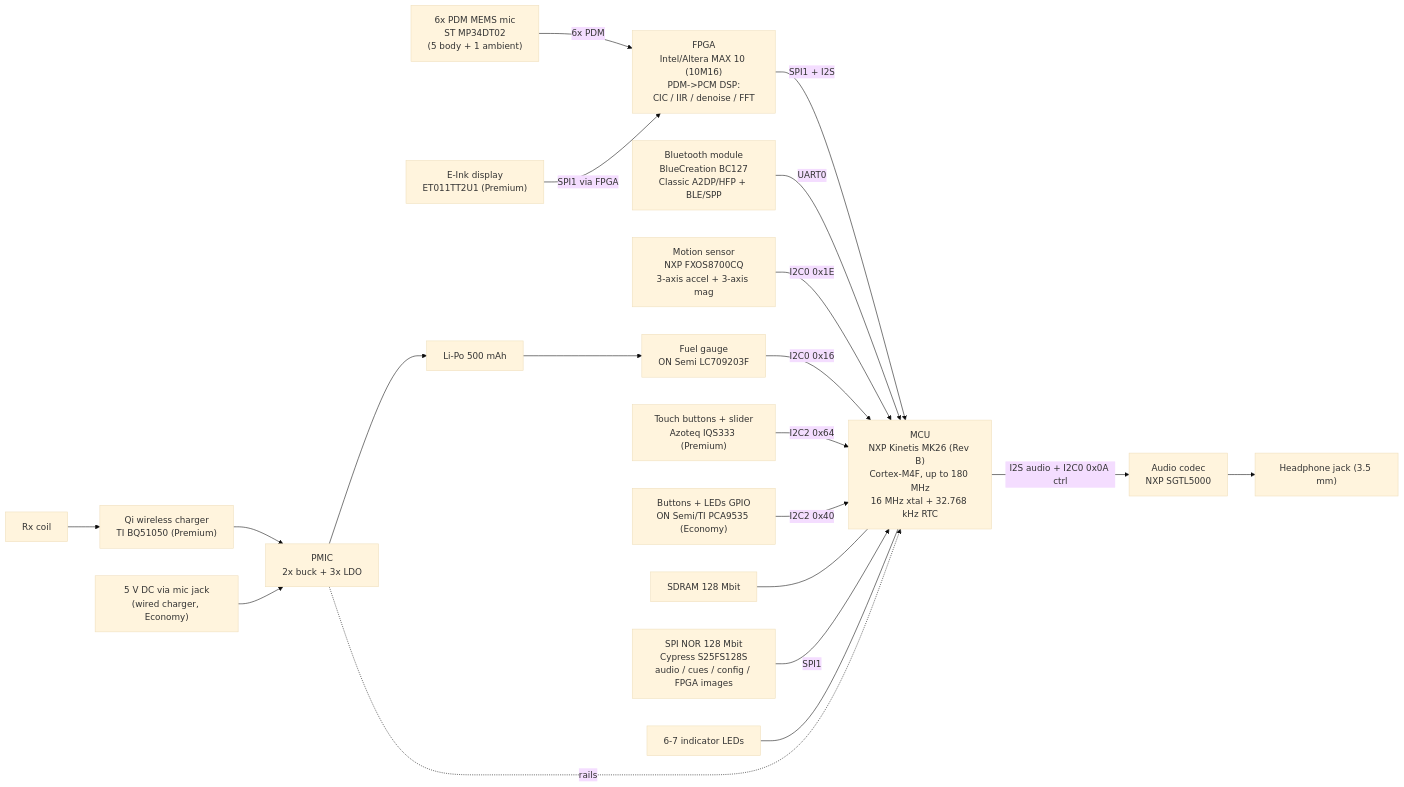
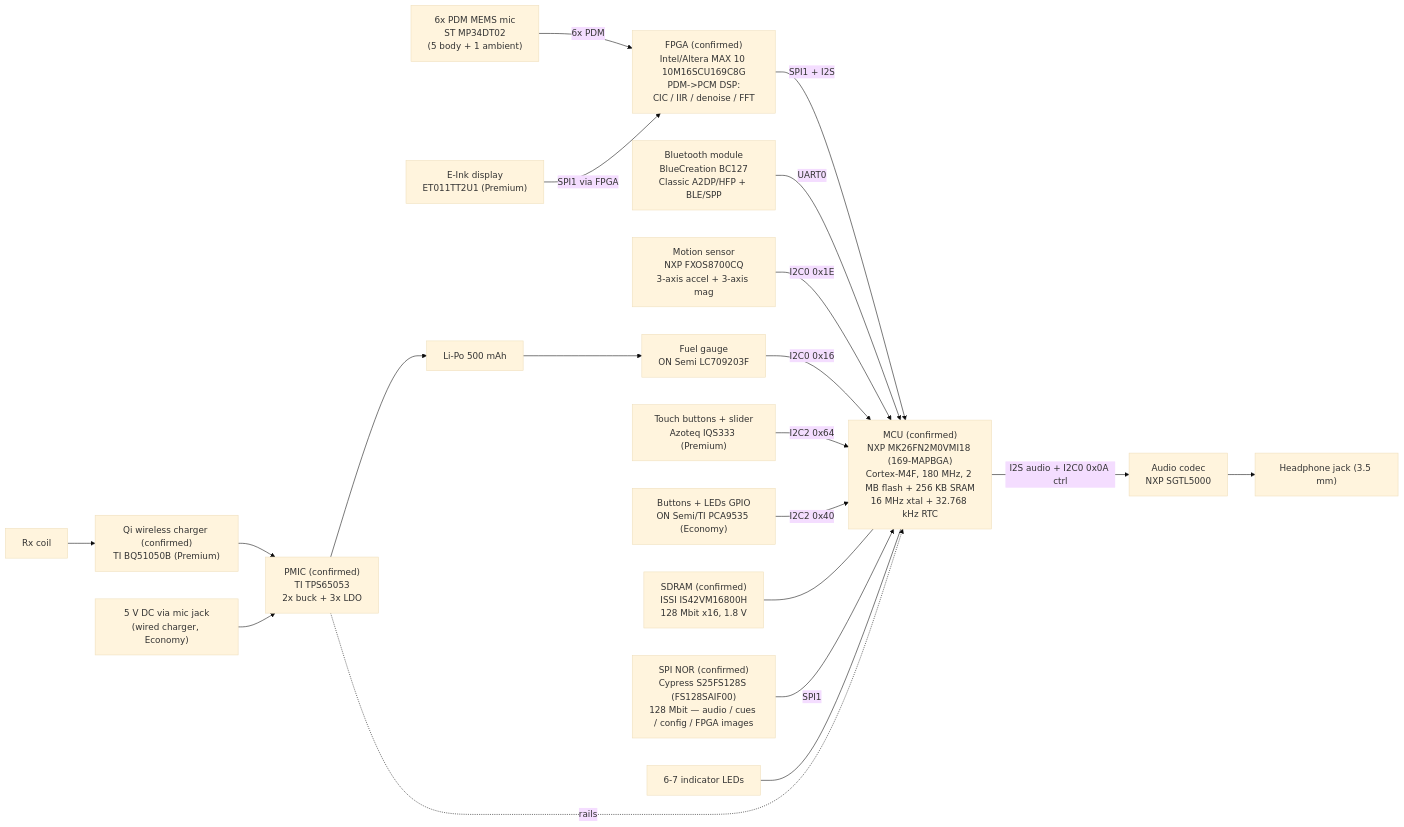
Before and after one commit to Zaba505/embedded: the diagram in smart-stethoscope/docs/recon.md, drawn with Mermaid (base theme). The commit also changed other lines of this file, not shown here.

````diff
--- a/smart-stethoscope/docs/recon.md
+++ b/smart-stethoscope/docs/recon.md
@@ -84,45 +89,45 @@
 ```mermaid
 flowchart LR
     MICS["6x PDM MEMS mic<br/>ST MP34DT02<br/>(5 body + 1 ambient)"]
-    FPGA["FPGA<br/>Intel/Altera MAX 10 (10M16)<br/>PDM->PCM DSP:<br/>CIC / IIR / denoise / FFT"]
+    FPGA["FPGA (confirmed)<br/>Intel/Altera MAX 10 10M16SCU169C8G<br/>PDM->PCM DSP:<br/>CIC / IIR / denoise / FFT"]
     CODEC["Audio codec<br/>NXP SGTL5000"]
     HP["Headphone jack (3.5 mm)"]
 
-    CPU["MCU<br/>NXP Kinetis MK26 (Rev B)<br/>Cortex-M4F, up to 180 MHz<br/>16 MHz xtal + 32.768 kHz RTC"]
+    CPU["MCU (confirmed)<br/>NXP MK26FN2M0VMI18 (169-MAPBGA)<br/>Cortex-M4F, 180 MHz, 2 MB flash + 256 KB SRAM<br/>16 MHz xtal + 32.768 kHz RTC"]
 
     BT["Bluetooth module<br/>BlueCreation BC127<br/>Classic A2DP/HFP + BLE/SPP"]
     IMU["Motion sensor<br/>NXP FXOS8700CQ<br/>3-axis accel + 3-axis mag"]
 
-    SDRAM["SDRAM 128 Mbit"]
-    FLASH["SPI NOR 128 Mbit<br/>Cypress S25FS128S<br/>audio / cues / config / FPGA images"]
+    SDRAM["SDRAM (confirmed)<br/>ISSI IS42VM16800H<br/>128 Mbit x16, 1.8 V"]
+    FLASH["SPI NOR (confirmed)<br/>Cypress S25FS128S (FS128SAIF00)<br/>128 Mbit — audio / cues / config / FPGA images"]
 
     TOUCH["Touch buttons + slider<br/>Azoteq IQS333 (Premium)"]
     BTN["Buttons + LEDs GPIO<br/>ON Semi/TI PCA9535 (Economy)"]
     LEDS["6-7 indicator LEDs"]
     DISP["E-Ink display<br/>ET011TT2U1 (Premium)"]
 
     COIL["Rx coil"]
-    QI["Qi wireless charger<br/>TI BQ51050 (Premium)"]
+    QI["Qi wireless charger (confirmed)<br/>TI BQ51050B (Premium)"]
     DC["5 V DC via mic jack<br/>(wired charger, Economy)"]
-    PMIC["PMIC<br/>2x buck + 3x LDO"]
+    PMIC["PMIC (confirmed)<br/>TI TPS65053<br/>2x buck + 3x LDO"]
     GAUGE["Fuel gauge<br/>ON Semi LC709203F"]
     BATT["Li-Po 500 mAh"]
 
     MICS -- "6x PDM" --> FPGA
     FPGA -- "SPI1 + I2S" --> CPU
     CPU -- "I2S audio + I2C0 0x0A ctrl" --> CODEC
     CODEC --> HP
     BT -- "UART0" --> CPU
     IMU -- "I2C0 0x1E" --> CPU
     GAUGE -- "I2C0 0x16" --> CPU
     TOUCH -- "I2C2 0x64" --> CPU
     BTN -- "I2C2 0x40" --> CPU
     SDRAM --- CPU
     FLASH -- "SPI1" --> CPU
     DISP -- "SPI1 via FPGA" --> FPGA
     LEDS --- CPU
     COIL --> QI --> PMIC
     DC --> PMIC
     PMIC --> BATT --> GAUGE
     PMIC -. rails .-> CPU
 ```
````
